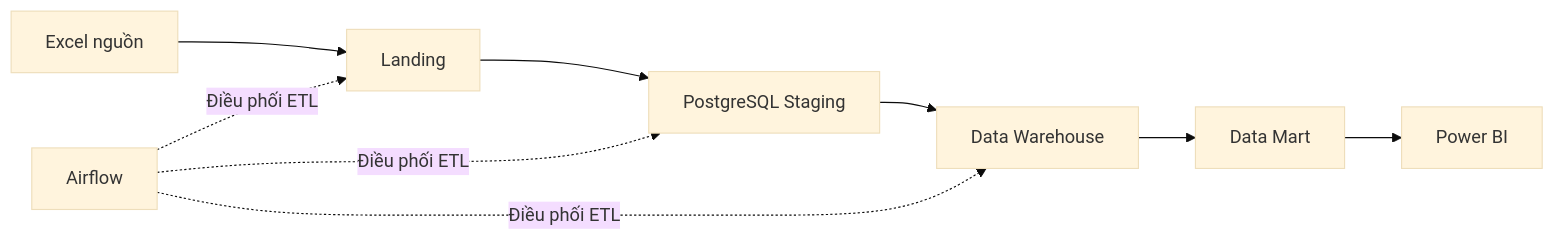
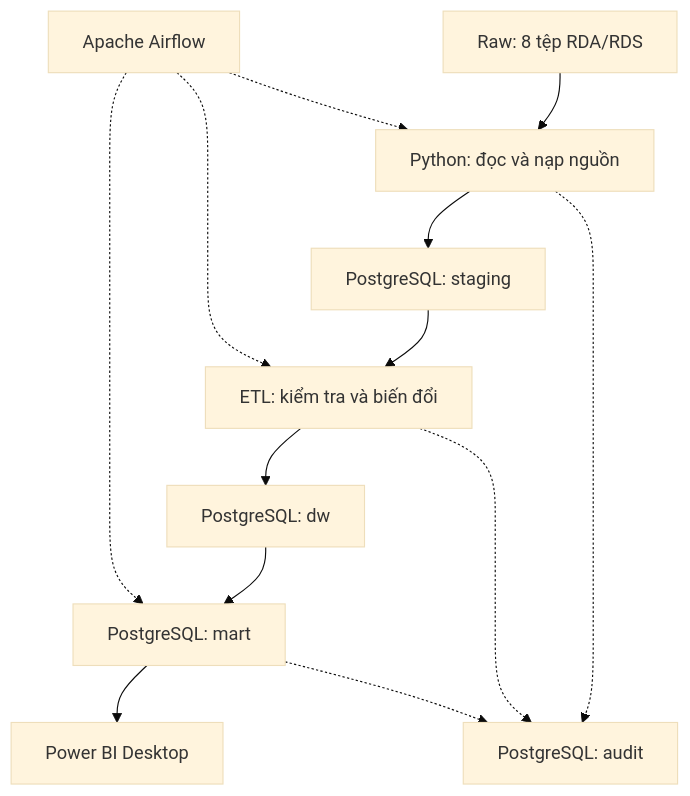
Before and after one commit to pb110105/fmcg-data-warehouse: the diagram in docs/architecture/high_level_architecture.md, drawn with Mermaid (base theme). The commit also changed other lines of this file and 14 other files, not shown here.

````diff
--- a/docs/architecture/high_level_architecture.md
+++ b/docs/architecture/high_level_architecture.md
@@ -5,11 +11,17 @@
 ```mermaid
-flowchart LR
-    A["Excel nguồn"] --> B["Landing"]
-    B --> C["PostgreSQL Staging"]
-    C --> D["Data Warehouse"]
-    D --> E["Data Mart"]
-    E --> F["Power BI"]
-    G["Airflow"] -. "Điều phối ETL" .-> B
-    G -. "Điều phối ETL" .-> C
-    G -. "Điều phối ETL" .-> D
+flowchart TB
+    R["Raw: 8 tệp RDA/RDS"] --> E["Python: đọc và nạp nguồn"]
+    E --> S["PostgreSQL: staging"]
+    S --> T["ETL: kiểm tra và biến đổi"]
+    T --> W["PostgreSQL: dw"]
+    W --> M["PostgreSQL: mart"]
+    M --> B["Power BI Desktop"]
+
+    A["Apache Airflow"] -.-> E
+    A -.-> T
+    A -.-> M
+
+    E -.-> Q["PostgreSQL: audit"]
+    T -.-> Q
+    M -.-> Q
 ```
````
